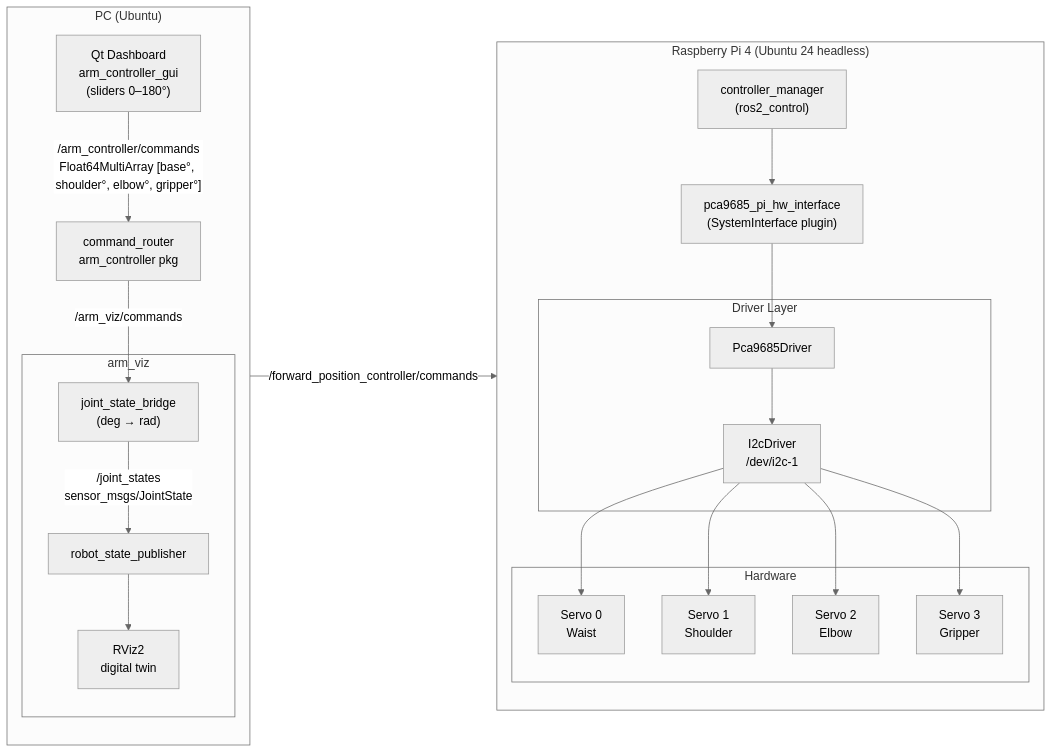
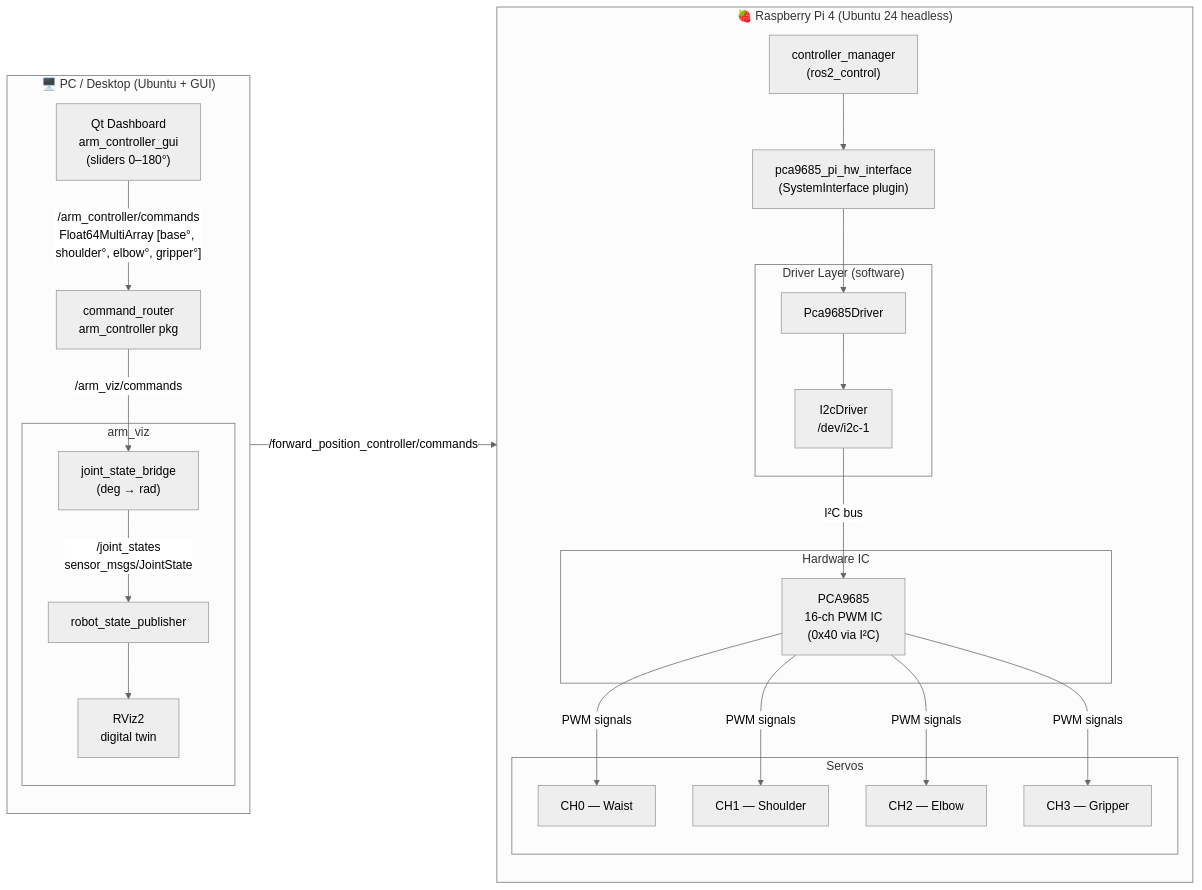
The diagram in README.md (Dhouhaga/4DOF-Robotic-Arm-ROS2-QT-CPP), drawn with Mermaid (neutral theme) before and after one commit. The commit also changed other lines of this file, not shown here.

Commit message:
Enhance README with system diagram and limitations
Updated system diagram and added known limitations section.

````diff
--- a/README.md
+++ b/README.md
@@ -36,39 +36,43 @@
 ```mermaid
 flowchart LR
-    subgraph PC["PC (Ubuntu)"]
+    subgraph PC["🖥️  PC / Desktop  (Ubuntu + GUI)"]
         direction TB
         QT["Qt Dashboard\narm_controller_gui\n(sliders 0–180°)"]
         Router["command_router\narm_controller pkg"]
         subgraph VIZ["arm_viz"]
             Bridge["joint_state_bridge\n(deg → rad)"]
             RSP["robot_state_publisher"]
             RViz["RViz2\ndigital twin"]
         end
     end
 
-    subgraph PI["Raspberry Pi 4  (Ubuntu 24 headless)"]
+    subgraph PI["🍓  Raspberry Pi 4  (Ubuntu 24 headless)"]
         direction TB
         CM["controller_manager\n(ros2_control)"]
         HW["pca9685_pi_hw_interface\n(SystemInterface plugin)"]
-        subgraph DRIVER["Driver Layer"]
-            PCA["Pca9685Driver"]
+        subgraph DRIVER["Driver Layer (software)"]
+            PCA_DRV["Pca9685Driver"]
             I2C["I2cDriver\n/dev/i2c-1"]
         end
-        subgraph SERVO["Hardware"]
-            S1["Servo 0\nWaist"]
-            S2["Servo 1\nShoulder"]
-            S3["Servo 2\nElbow"]
-            S4["Servo 3\nGripper"]
+        subgraph IC["Hardware IC"]
+            PCA9685["PCA9685\n16-ch PWM IC\n(0x40 via I²C)"]
+        end
+        subgraph SERVO["Servos"]
+            S1["CH0 — Waist"]
+            S2["CH1 — Shoulder"]
+            S3["CH2 — Elbow"]
+            S4["CH3 — Gripper"]
         end
     end
 
     QT -->|"/arm_controller/commands\nFloat64MultiArray [base°, shoulder°, elbow°, gripper°]"| Router
     Router -->|"/forward_position_controller/commands"| CM
     Router -->|"/arm_viz/commands"| Bridge
     Bridge -->|"/joint_states\nsensor_msgs/JointState"| RSP
     RSP --> RViz
     CM --> HW
-    HW --> PCA
-    PCA --> I2C
-    I2C --> S1 & S2 & S3 & S4
+    HW --> PCA_DRV
+    PCA_DRV --> I2C
+    I2C -->|"I²C bus"| PCA9685
+    PCA9685 -->|"PWM signals"| S1 & S2 & S3 & S4
 ```
````
